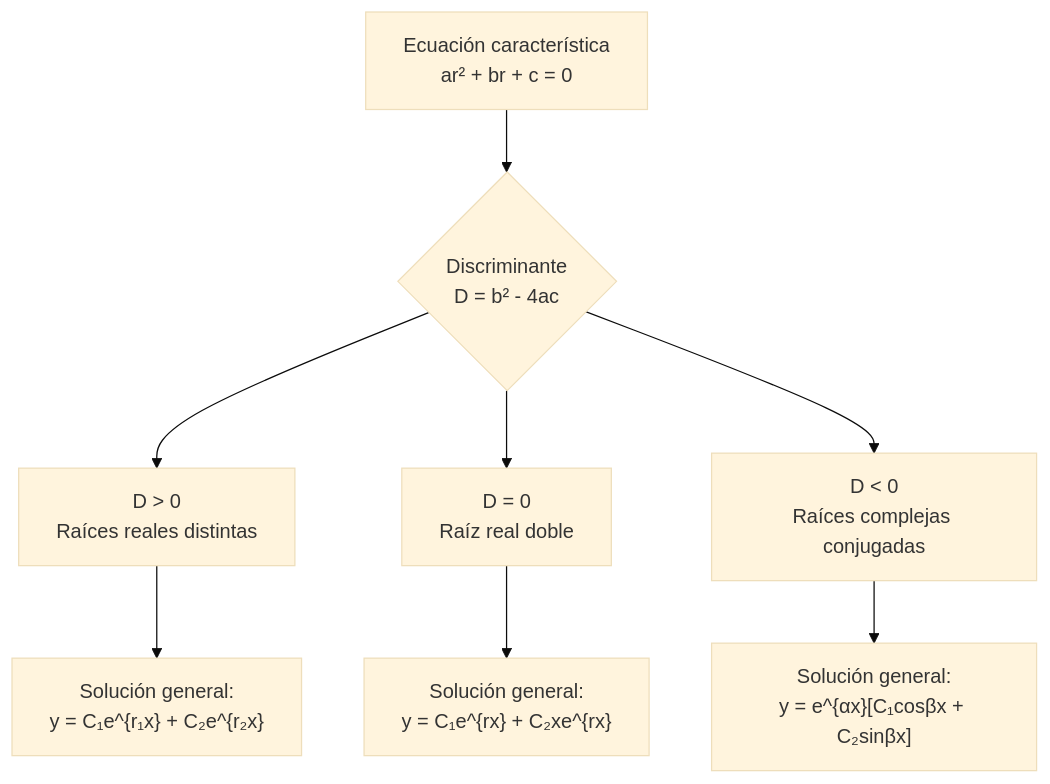
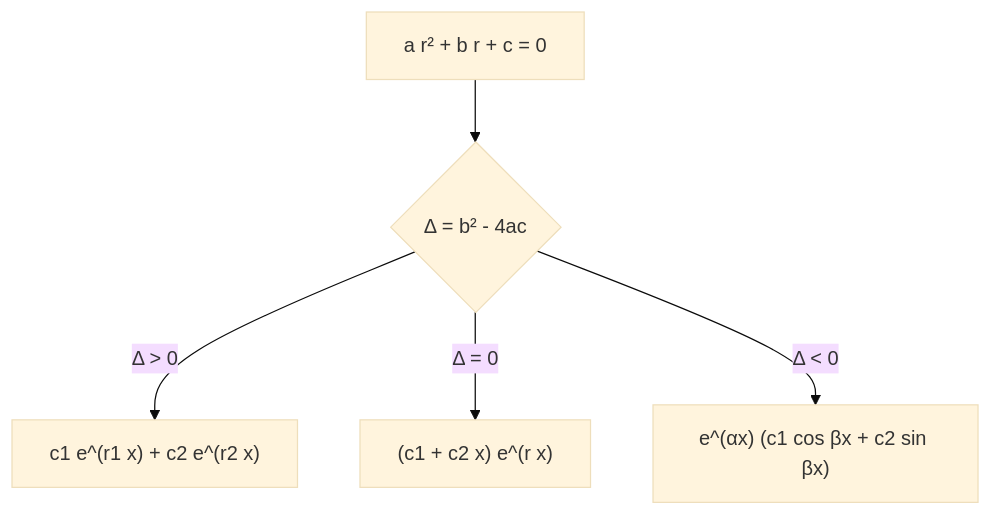
The diagram in public/documents/semester-4/3/4333.md (djaimej/computer-science-template), drawn with Mermaid (base theme) before and after one commit. The commit also changed other lines of this file and 4 other files, not shown here.

````diff
--- a/public/documents/semester-4/3/4333.md
+++ b/public/documents/semester-4/3/4333.md
@@ -45,11 +33,7 @@
 ```mermaid
 flowchart TD
-    A[Ecuación característica<br>ar² + br + c = 0] --> B{Discriminante<br>D = b² - 4ac}
-    B --> C[D > 0<br>Raíces reales distintas]
-    B --> D[D = 0<br>Raíz real doble]
-    B --> E[D < 0<br>Raíces complejas conjugadas]
-
-    C --> F["Solución general:<br>y = C₁e^{r₁x} + C₂e^{r₂x}"]
-    D --> G["Solución general:<br>y = C₁e^{rx} + C₂xe^{rx}"]
-    E --> H["Solución general:<br>y = e^{αx}[C₁cosβx + C₂sinβx]"]
+    A["a r² + b r + c = 0"] --> B{"Δ = b² - 4ac"}
+    B -->|"Δ > 0"| C["c1 e^(r1 x) + c2 e^(r2 x)"]
+    B -->|"Δ = 0"| D["(c1 + c2 x) e^(r x)"]
+    B -->|"Δ < 0"| E["e^(αx) (c1 cos βx + c2 sin βx)"]
 ```
````
